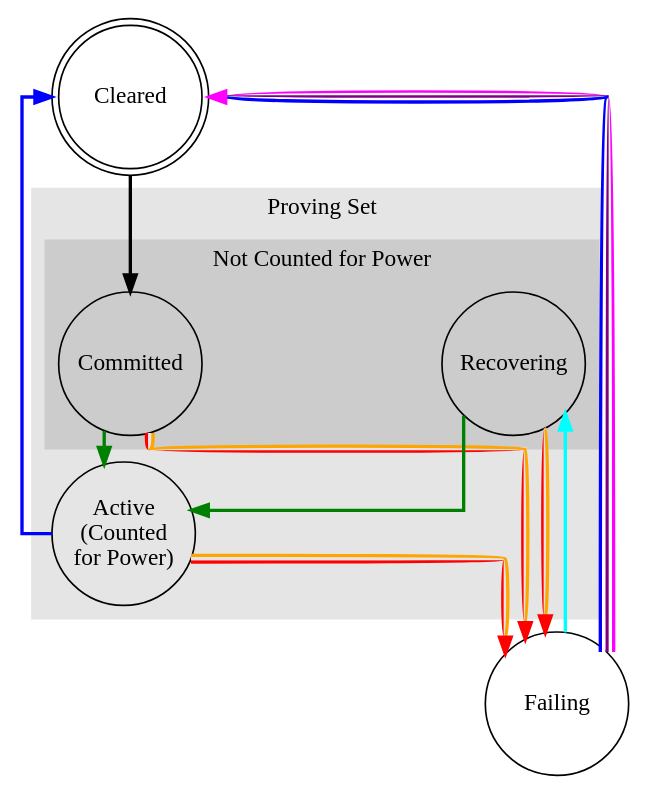
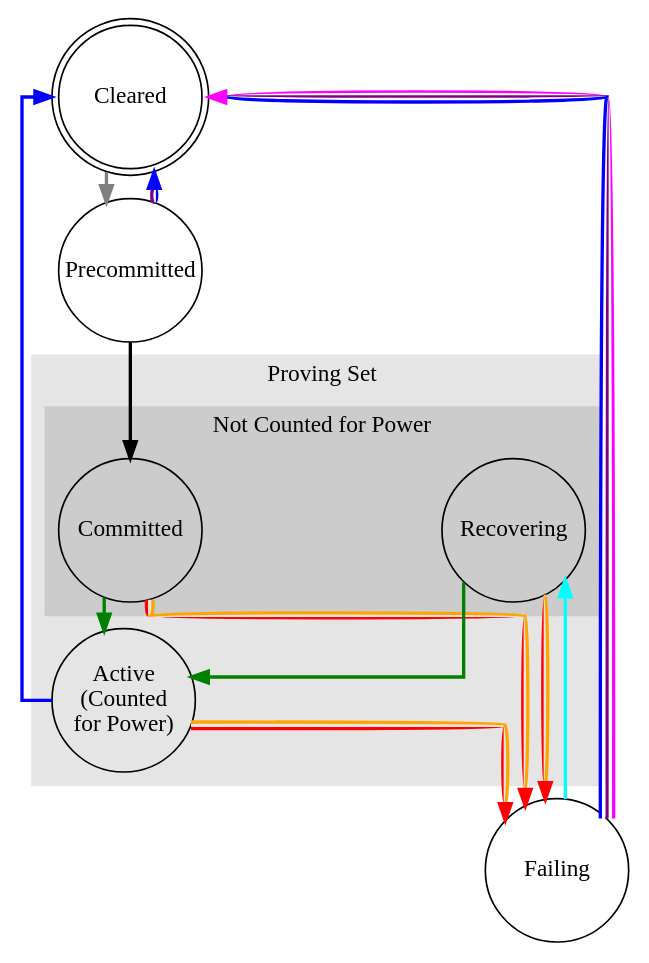
One commit to filecoin-project/specs changed the diagram in src/systems/filecoin_mining/storage_mining/diagrams/sector_state_fsm.dot. Above: the diagram before and after it, drawn with Graphviz. The commit also changed 4 other files, not shown here.

Commit message:
sector state: update fsm diagram

```diff
--- a/src/systems/filecoin_mining/storage_mining/diagrams/sector_state_fsm.dot
+++ b/src/systems/filecoin_mining/storage_mining/diagrams/sector_state_fsm.dot
@@ -1,62 +1,67 @@
 digraph sectoRecovering {
   Compound=true
   splines=ortho
   ranksep=0.2
   nodesep=2
   node [shape=circle width=1.2 fixedsize=true]
   edge [penwidth=2]
 
   Cleared [shape=doublecircle] // doublecircle because it is the init state
+  Precommitted
 
   subgraph cluster_0 {
       label="Proving Set"
       style=filled
       color=grey90
      Committed
      Active [label="Active\n(Counted\nfor Power)"]
      Recovering
 
      subgraph cluster_1 {
          label="Not Counted for Power"
          style=filled
          color=grey80
          Committed
          Recovering
      }
   }
 
   // black: sm.CommitSector
   // green: sm.SubmitPoSt - ActivateSectors
   // orange: sm.DeclareFaults - sm.FailSector
   // red: sm.CronAction - sm.FailSector
   // cyan: sm.RecoverFaults
   // blue: sm.SubmitPoSt - Expiration - ClearSector
   // magenta: sm.SubmitPoSt - MaxFCount - ClearSector
   // purple: sm.CronAction - MaxFCount - ClearSector
 
-  Cleared -> Committed [color="black"]
+  Cleared -> Precommitted [color="gray"]
+  Precommitted -> Committed [color="black"]
   Committed -> Active [color="green"]
   Recovering -> Active [color="green"]
+
+  // fail to commit sector (expiry)
+  Precommitted -> Cleared [color="blue:white:purple"]
 
   // either declare Fault or miss PoSt
   Active -> Failing [color="red:gray90:orange"]
 
   // only miss PoSt, otherwise PoSt will move Recovering to Active
   // Recovering -> Cleared [constraint=false color="magenta"]
   // only miss PoSt, otherwise PoSt will move Committed to Active
   // Committed -> Cleared [constraint=false color="magenta"]
 
   Failing -> Recovering [constraint=false color="cyan"]
 
   // only submit PoSt and expire, otherwise will move to Failing
   Active -> Cleared [constraint=false color="blue"]
 
   // either miss PoSt (MFC) or submit PoSt (still in FaultSet) expire/MFC
   Failing -> Cleared [constraint=false color="magenta:white:purple:white:blue"]
 
   // either declare fault or miss PoSt
   Committed -> Failing [color="red:gray90:orange"]
   Recovering -> Failing [color="red:gray90:orange"]
 
 
 }
```
